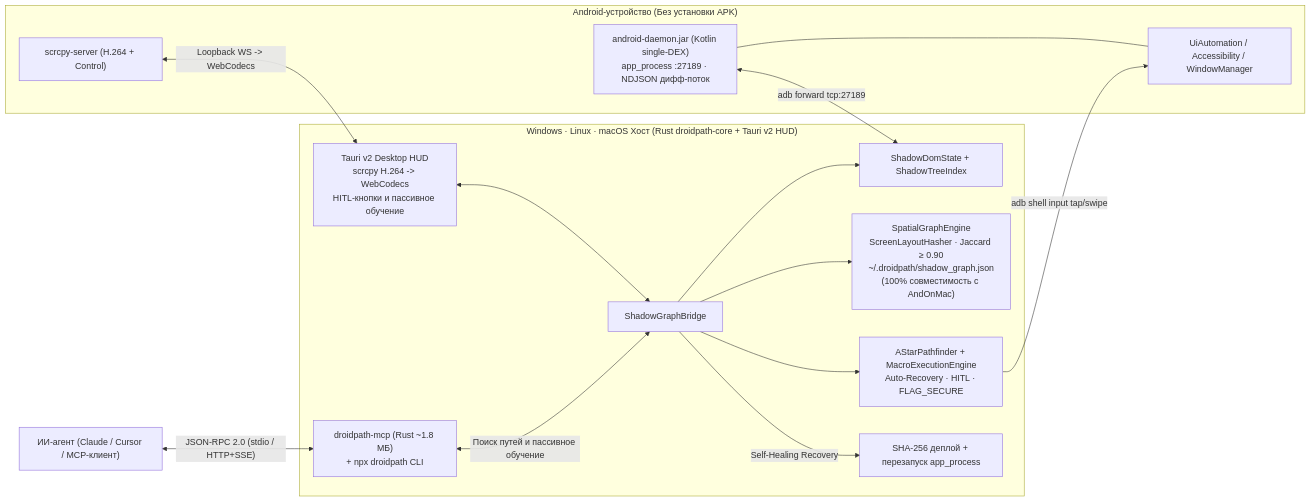
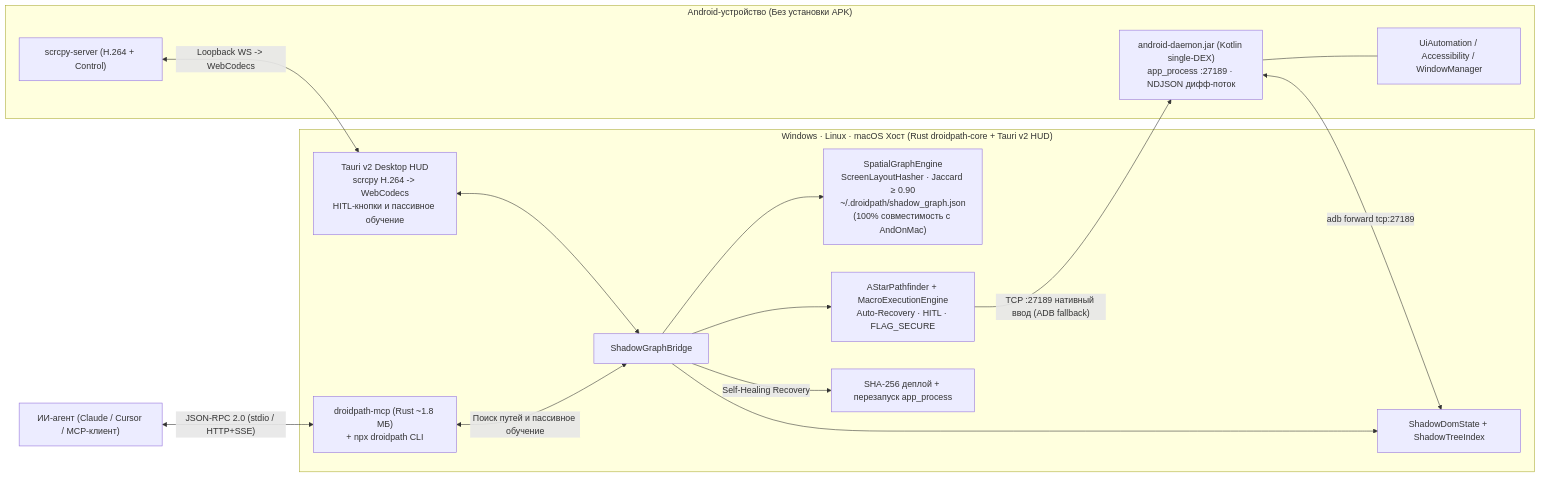
The diagram in README_RU.md (V0val0x/DroidPath), drawn with Mermaid before and after one commit. The commit also changed other lines of this file and 19 other files, not shown here.

Commit message:
chore(v2.1.0): harden android-daemon input/queue handling, unify showcase GIF & docs, bump v2.1.0

````diff
--- a/README_RU.md
+++ b/README_RU.md
@@ -56,24 +56,24 @@
 ```mermaid
 flowchart LR
     Agent["ИИ-агент (Claude / Cursor / MCP-клиент)"] <-->|"JSON-RPC 2.0 (stdio / HTTP+SSE)"| CLI["droidpath-mcp (Rust ~1.8 МБ)\n+ npx droidpath CLI"]
 
     subgraph Host["Windows · Linux · macOS Хост (Rust droidpath-core + Tauri v2 HUD)"]
         CLI <-->|"Поиск путей и пассивное обучение"| Bridge["ShadowGraphBridge"]
         HUD["Tauri v2 Desktop HUD\nscrcpy H.264 -> WebCodecs\nHITL-кнопки и пассивное обучение"] <--> Bridge
         Bridge --> DOM["ShadowDomState + ShadowTreeIndex"]
         Bridge --> Graph["SpatialGraphEngine\nScreenLayoutHasher · Jaccard ≥ 0.90\n~/.droidpath/shadow_graph.json\n(100% совместимость с AndOnMac)"]
         Bridge --> AStar["AStarPathfinder + MacroExecutionEngine\nAuto-Recovery · HITL · FLAG_SECURE"]
         Bridge -->|"Self-Healing Recovery"| Recovery["SHA-256 деплой + перезапуск app_process"]
     end
 
     subgraph Android["Android-устройство (Без установки APK)"]
         Daemon["android-daemon.jar (Kotlin single-DEX)\napp_process :27189 · NDJSON дифф-поток"]
         Scrcpy["scrcpy-server (H.264 + Control)"]
         Sys["UiAutomation / Accessibility / WindowManager"]
     end
 
     Daemon <-->|"adb forward tcp:27189"| DOM
     Scrcpy <-->|"Loopback WS -> WebCodecs"| HUD
-    AStar -->|"adb shell input tap/swipe"| Sys
+    AStar -->|"TCP :27189 нативный ввод (ADB fallback)"| Daemon
     Daemon --- Sys
 ```
````
